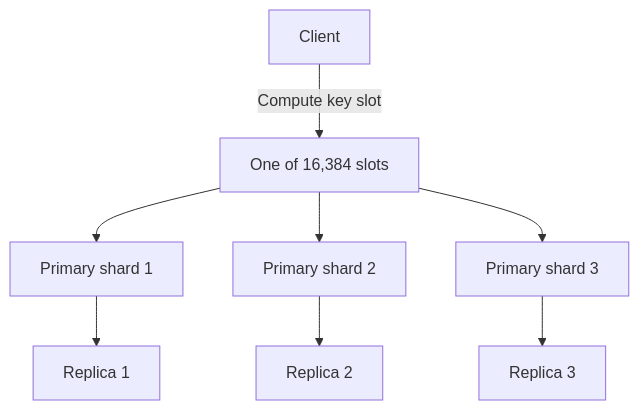
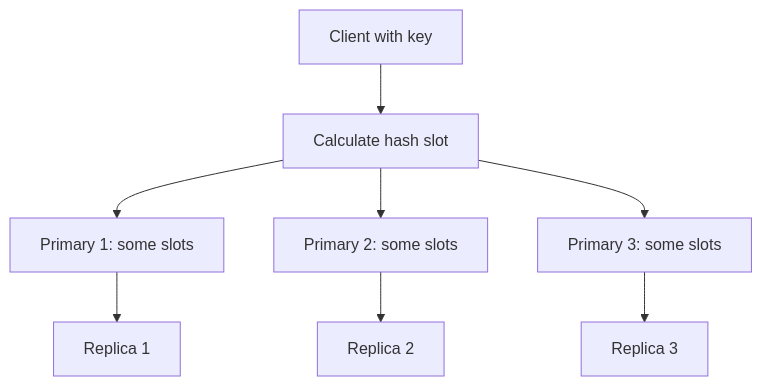
One commit to jayeshsharma2605/database_notes changed the fifth of 6 diagrams in Redis_for_System_Design_Interviews.md. Above: the diagram before and after it, drawn with Mermaid. The commit also changed other lines of this file, not shown here.

````diff
--- a/Redis_for_System_Design_Interviews.md
+++ b/Redis_for_System_Design_Interviews.md
@@ -153,10 +177,10 @@
 ```mermaid
-flowchart TB
-    CL[Client] -->|Compute key slot| S[One of 16,384 slots]
-    S --> P1[Primary shard 1]
-    S --> P2[Primary shard 2]
-    S --> P3[Primary shard 3]
+flowchart TD
+    C[Client with key] --> H[Calculate hash slot]
+    H --> P1[Primary 1: some slots]
+    H --> P2[Primary 2: some slots]
+    H --> P3[Primary 3: some slots]
     P1 --> R1[Replica 1]
     P2 --> R2[Replica 2]
     P3 --> R3[Replica 3]
 ```
````
